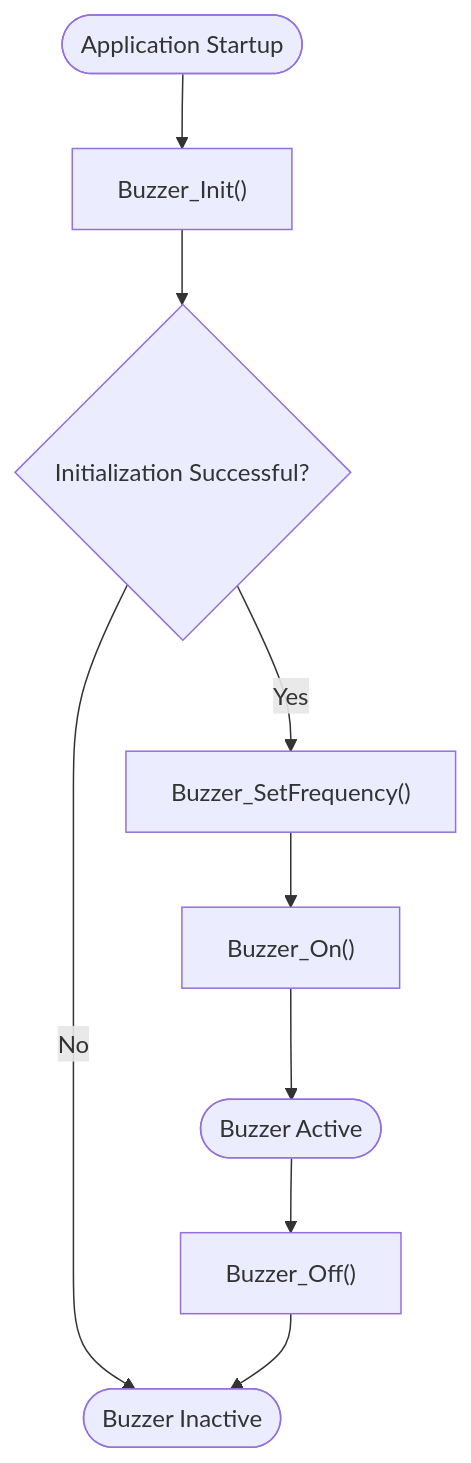
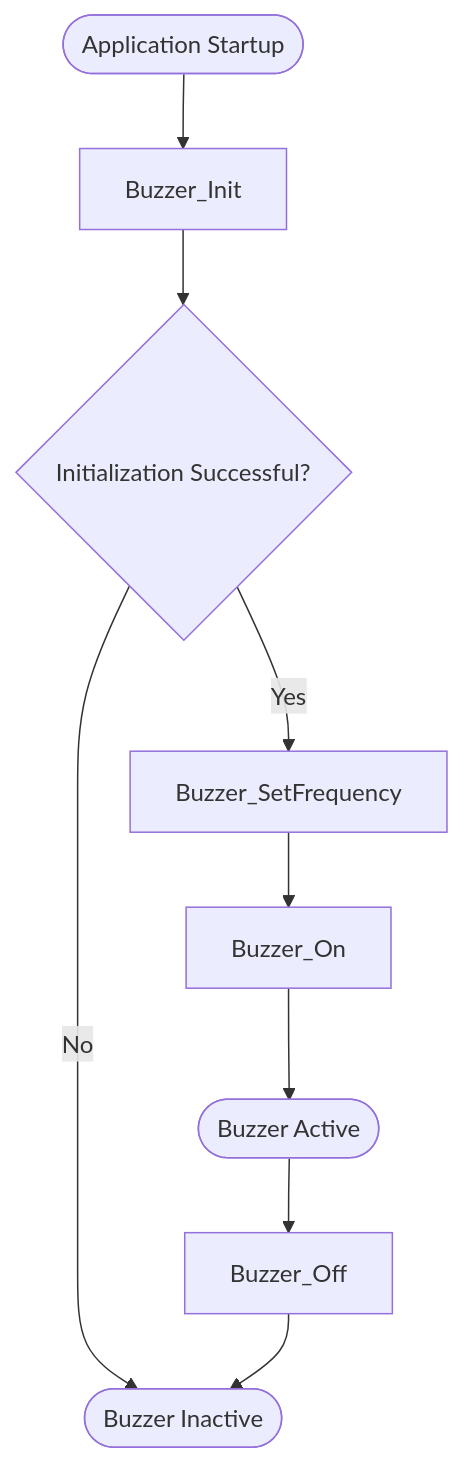
One commit to JP-REY/STM32F103C8T6-Based-Electronic-Lock changed the third of 4 diagrams in Libs/Components/Buzzer/README.md. Above: the diagram before and after it, drawn with Mermaid. The commit also changed other lines of this file and 9 other files, not shown here.

````diff
--- a/Libs/Components/Buzzer/README.md
+++ b/Libs/Components/Buzzer/README.md
@@ -352,30 +352,30 @@
 ```mermaid
 flowchart TD
 
     START([Application Startup])
 
-    INIT["Buzzer_Init()"]
+    INIT["Buzzer_Init"]
 
     INIT_CHECK{"Initialization Successful?"}
 
-    SET_FREQ["Buzzer_SetFrequency()"]
+    SET_FREQ["Buzzer_SetFrequency"]
 
-    ON["Buzzer_On()"]
+    ON["Buzzer_On"]
 
     ACTIVE([Buzzer Active])
 
-    OFF["Buzzer_Off()"]
+    OFF["Buzzer_Off"]
 
     END([Buzzer Inactive])
 
     START --> INIT
     INIT --> INIT_CHECK
 
     INIT_CHECK -- "No" --> END
     INIT_CHECK -- "Yes" --> SET_FREQ
 
     SET_FREQ --> ON
     ON --> ACTIVE
     ACTIVE --> OFF
     OFF --> END
 ```
````
